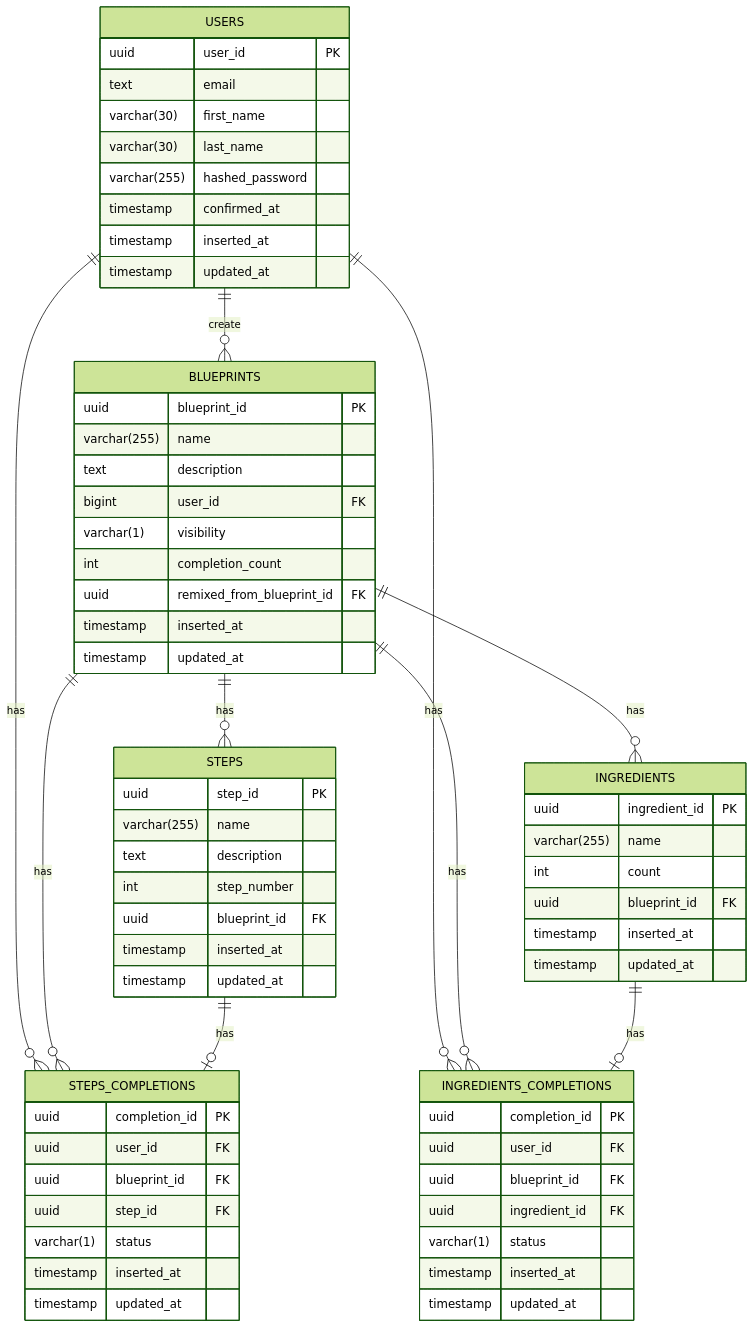
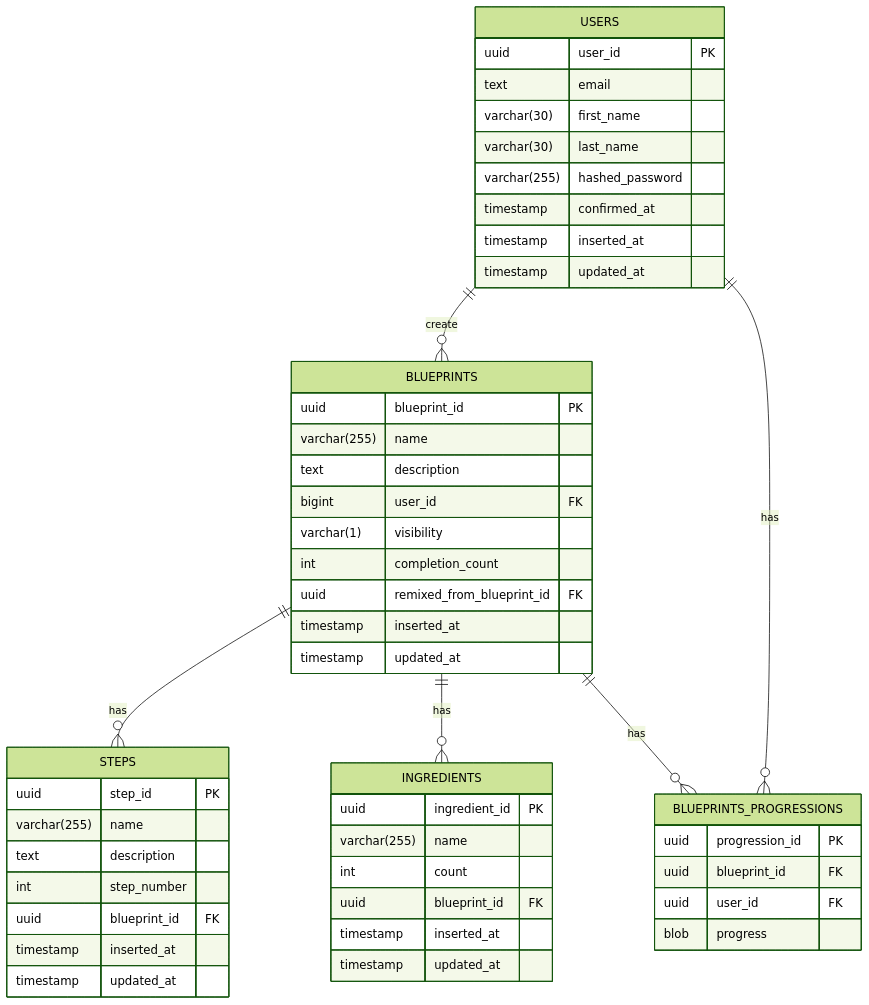
Before and after one commit to m4hi2/taskchecklist: the diagram in README.md, drawn with Mermaid (forest theme).

Commit message:
docs: update ERD

````diff
--- a/README.md
+++ b/README.md
@@ -14,74 +14,58 @@
 ```mermaid
 erDiagram
     USERS {
         uuid user_id PK
         text email
         varchar(30) first_name
         varchar(30) last_name
         varchar(255) hashed_password
         timestamp confirmed_at
         timestamp inserted_at
         timestamp updated_at
     }
     USERS ||--o{ BLUEPRINTS : create
-    USERS ||--o{ STEPS_COMPLETIONS : has
-    USERS ||--o{ INGREDIENTS_COMPLETIONS : has
+    USERS ||--o{ BLUEPRINTS_PROGRESSIONS : has
 
     BLUEPRINTS {
       uuid blueprint_id PK
       varchar(255) name
       text description
       bigint user_id FK
       varchar(1) visibility
       int completion_count
       uuid remixed_from_blueprint_id FK
       timestamp inserted_at
       timestamp updated_at
     }
-    BLUEPRINTS ||--o{ STEPS_COMPLETIONS : has
-    BLUEPRINTS ||--o{ INGREDIENTS_COMPLETIONS : has
     BLUEPRINTS ||--o{ STEPS : has
     BLUEPRINTS ||--o{ INGREDIENTS : has
+    BLUEPRINTS ||--o{ BLUEPRINTS_PROGRESSIONS : has
 
     STEPS {
         uuid step_id PK
         varchar(255) name
         text description
         int step_number
         uuid blueprint_id FK
         timestamp inserted_at
         timestamp updated_at
     }
-    STEPS ||--o| STEPS_COMPLETIONS : has
+
     INGREDIENTS {
         uuid ingredient_id PK
         varchar(255) name
         int count
         uuid blueprint_id FK
         timestamp inserted_at
         timestamp updated_at
     }
-    INGREDIENTS ||--o| INGREDIENTS_COMPLETIONS : has
 
-    STEPS_COMPLETIONS {
-        uuid completion_id PK
+    BLUEPRINTS_PROGRESSIONS {
+        uuid progression_id PK
+        uuid blueprint_id FK
         uuid user_id FK
-        uuid blueprint_id FK 
-        uuid step_id FK 
-        varchar(1) status
-        timestamp inserted_at
-        timestamp updated_at
+        blob progress 
     }
 
 
-    INGREDIENTS_COMPLETIONS {
-        uuid completion_id PK
-        uuid user_id FK
-        uuid blueprint_id FK 
-        uuid ingredient_id FK 
-        varchar(1) status
-        timestamp inserted_at
-        timestamp updated_at
-    }
-
 ```
````
